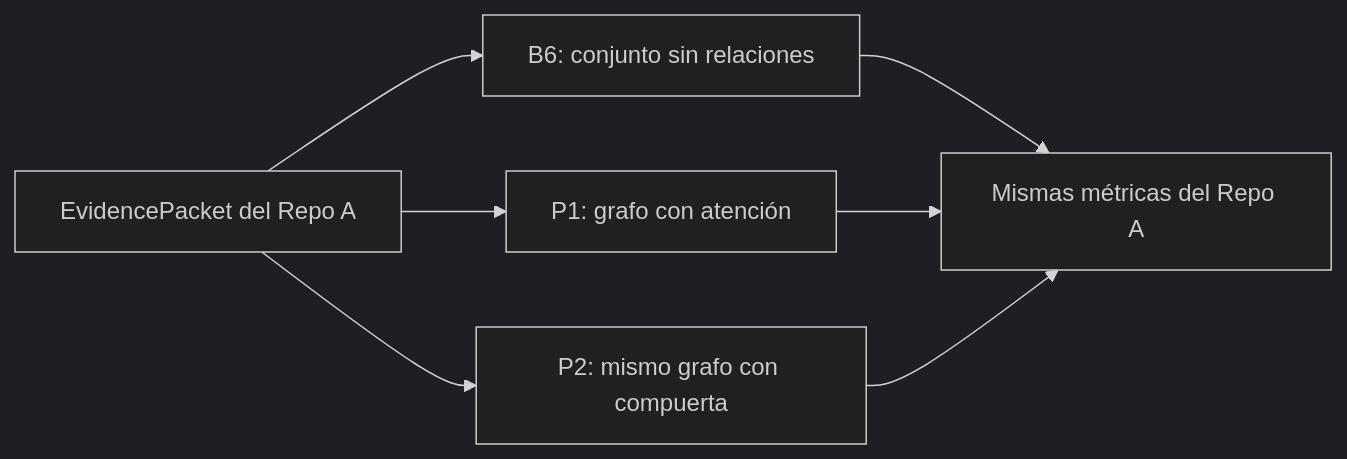
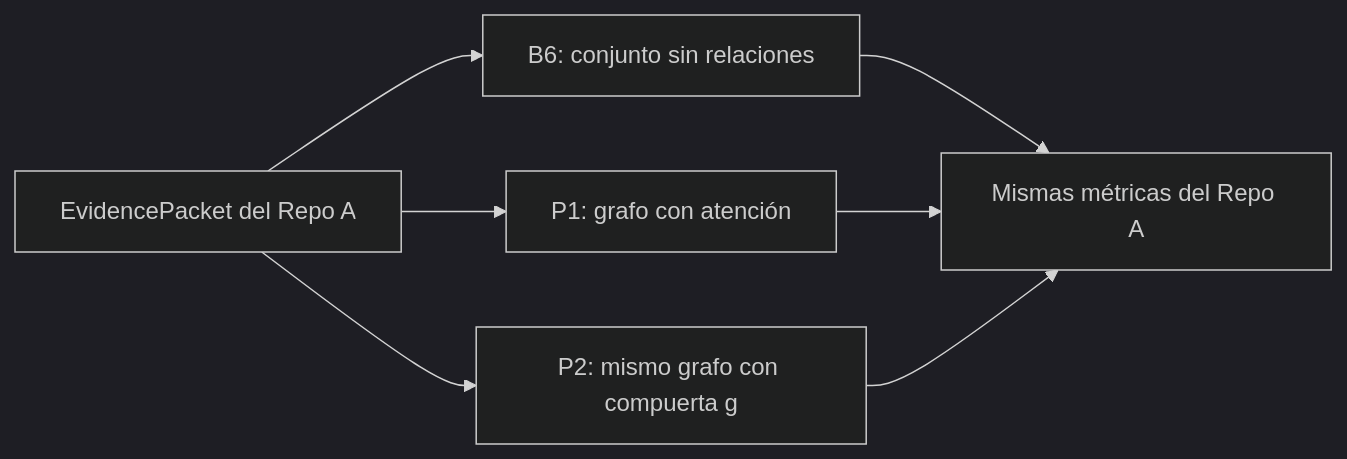
Before and after one commit to anamariaaccilio/uafeg: the diagram in README.md, drawn with Mermaid (dark theme). The commit also changed other lines of this file, not shown here.

````diff
--- a/README.md
+++ b/README.md
@@ -9,9 +9,9 @@
 ```mermaid
 flowchart LR
     E[EvidencePacket del Repo A] --> B[B6: conjunto sin relaciones]
     E --> P[P1: grafo con atención]
-    E --> U[P2: mismo grafo con compuerta]
+    E --> U[P2: mismo grafo con compuerta g]
     B --> M[Mismas métricas del Repo A]
     P --> M
     U --> M
 ```
````
